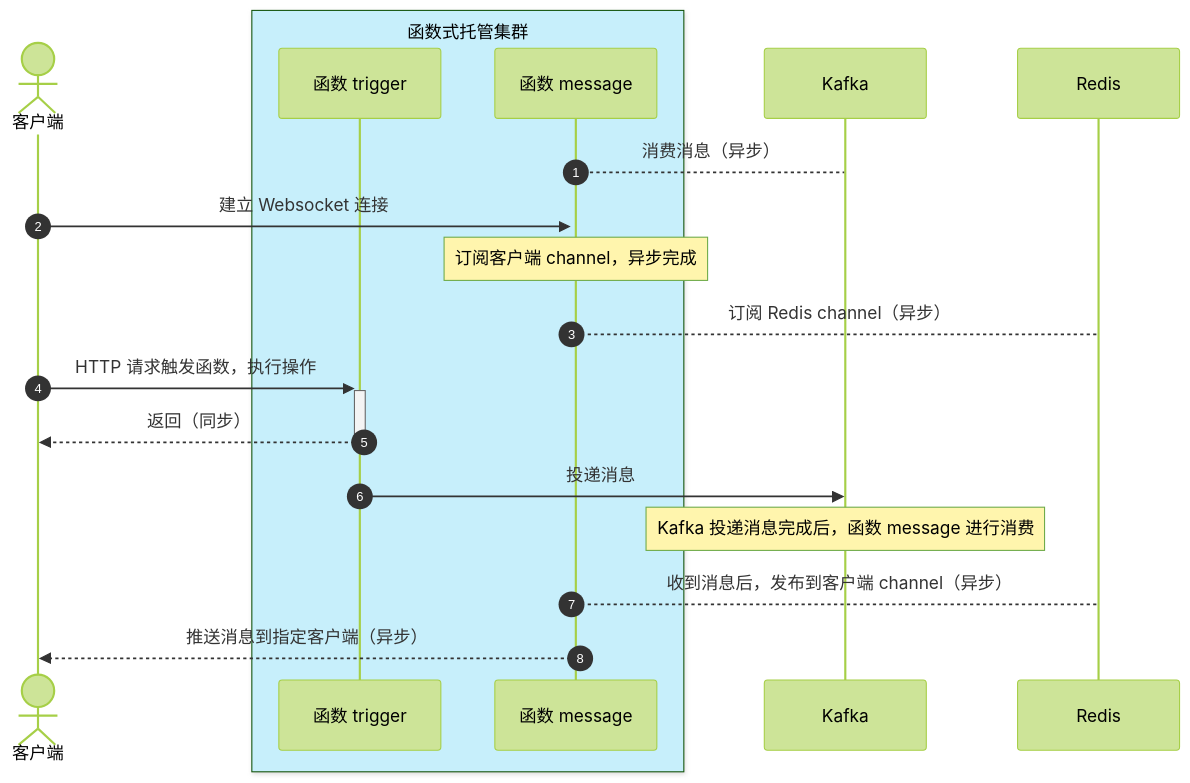
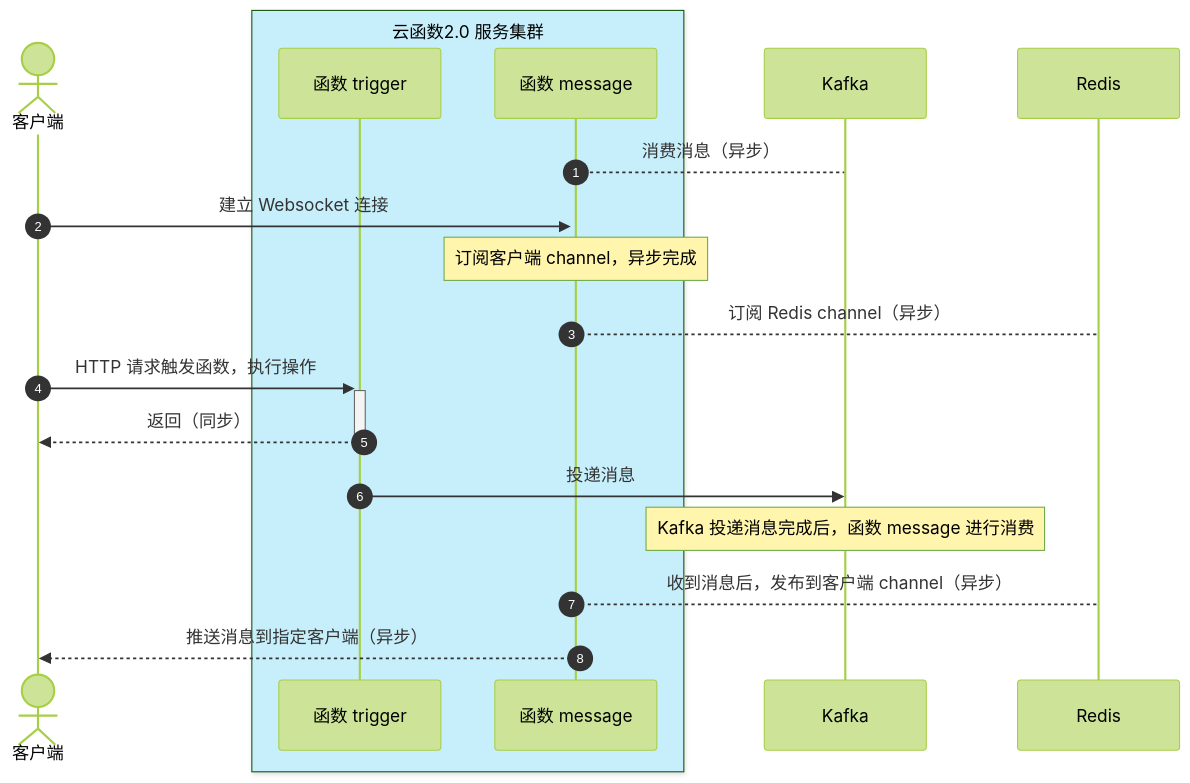
Before and after one commit to TencentCloudBase/cloudbase-examples: the diagram in functions-framework/message-center/README.md, drawn with Mermaid (forest theme). The commit also changed other lines of this file and 2 other files, not shown here.

Commit message:
docs: update message-center readme

````diff
--- a/functions-framework/message-center/README.md
+++ b/functions-framework/message-center/README.md
@@ -11,26 +11,26 @@
 ```mermaid
 sequenceDiagram
     autonumber
     actor c as 客户端
-    box rgb(199,239,251) 函数式托管集群
+    box rgb(199,239,251) 云函数2.0 服务集群
     participant t as 函数 trigger
     participant m as 函数 message
     end
     participant k as Kafka
     participant r as Redis
 
 
     m --> k: 消费消息（异步）
     c ->> +m: 建立 Websocket 连接
     note over m: 订阅客户端 channel，异步完成
     m --> r: 订阅 Redis channel（异步）
 
     c ->> +t: HTTP 请求触发函数，执行操作
     t -->> -c: 返回（同步）
     t ->> k: 投递消息
 
     note over k: Kafka 投递消息完成后，函数 message 进行消费
     m --> r: 收到消息后，发布到客户端 channel（异步）
     m -->> c: 推送消息到指定客户端（异步）
 
 ```
````
